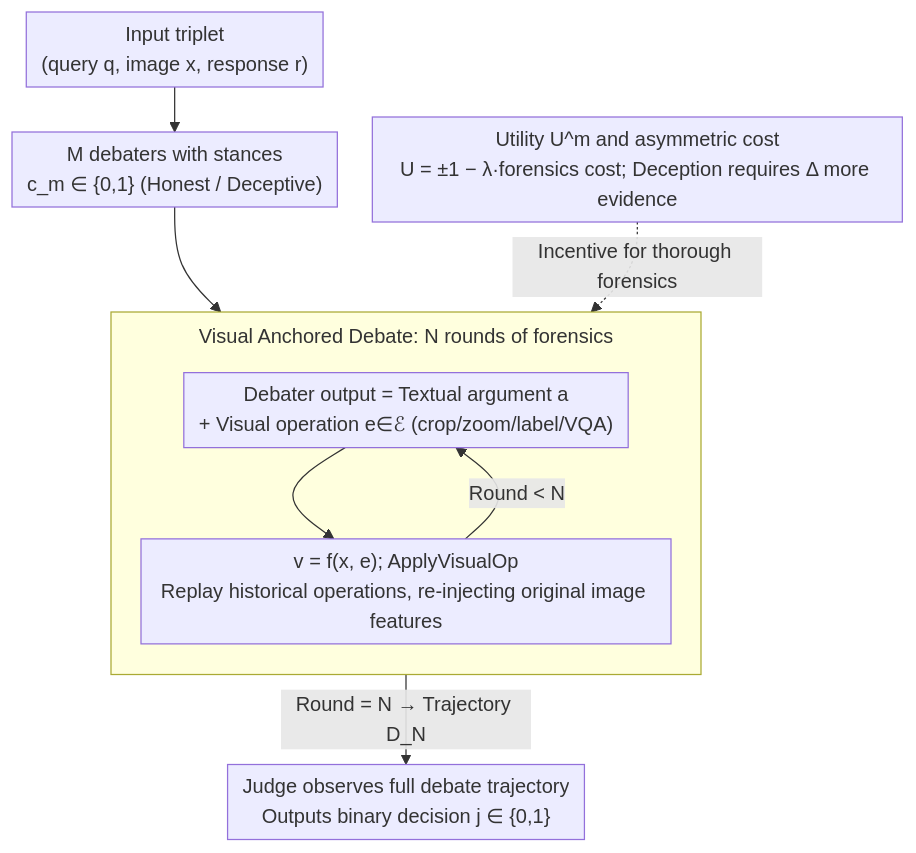
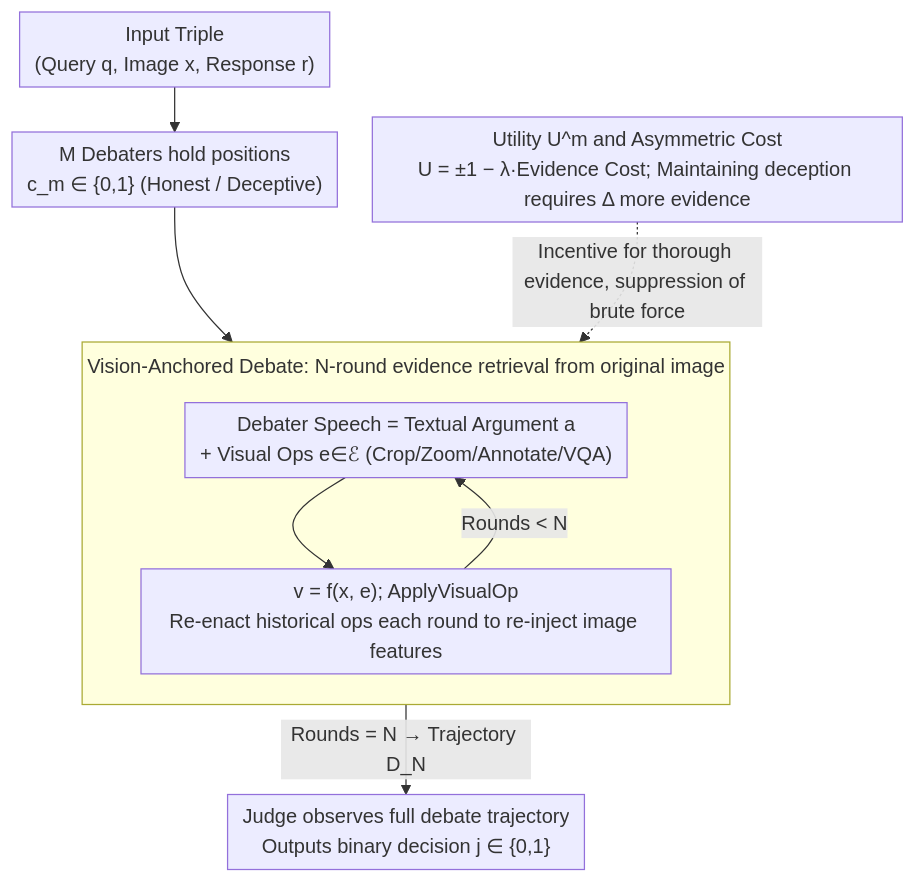
Before and after one commit to zhaoyang97/Paper-Notes-en: the diagram in docs/ICML2026/multimodal_vlm/debate_with_images_detecting_deceptive_behaviors_in_multimodal_large_language_mo.md, drawn with Mermaid. The commit also changed other lines of this file and 5084 other files, not shown here.

````diff
--- a/docs/ICML2026/multimodal_vlm/debate_with_images_detecting_deceptive_behaviors_in_multimodal_large_language_mo.md
+++ b/docs/ICML2026/multimodal_vlm/debate_with_images_detecting_deceptive_behaviors_in_multimodal_large_language_mo.md
@@ -46,13 +46,13 @@
 ```mermaid
 %%{init: {'flowchart': {'rankSpacing': 24, 'nodeSpacing': 28, 'padding': 6, 'wrappingWidth': 400, 'subGraphTitleMargin': {'top': 8, 'bottom': 16}}}}%%
 flowchart TD
-    A["Input triplet<br/>(query q, image x, response r)"] --> B["M debaters with stances<br/>c_m ∈ {0,1} (Honest / Deceptive)"]
-    subgraph LOOP["Visual Anchored Debate: N rounds of forensics"]
+    A["Input Triple<br/>(Query q, Image x, Response r)"] --> B["M Debaters hold positions<br/>c_m ∈ {0,1} (Honest / Deceptive)"]
+    subgraph LOOP["Vision-Anchored Debate: N-round evidence retrieval from original image"]
         direction TB
-        C["Debater output = Textual argument a<br/>+ Visual operation e∈ℰ (crop/zoom/label/VQA)"] --> D["v = f(x, e); ApplyVisualOp<br/>Replay historical operations, re-injecting original image features"]
+        C["Debater Speech = Textual Argument a<br/>+ Visual Ops e∈ℰ (Crop/Zoom/Annotate/VQA)"] --> D["v = f(x, e); ApplyVisualOp<br/>Re-enact historical ops each round to re-inject image features"]
     end
     B --> C
-    U["Utility U^m and asymmetric cost<br/>U = ±1 − λ·forensics cost; Deception requires Δ more evidence"] -. Incentive for thorough forensics .-> C
-    D -->|Round < N| C
-    D -->|Round = N → Trajectory D_N| J["Judge observes full debate trajectory<br/>Outputs binary decision j ∈ {0,1}"]
+    U["Utility U^m and Asymmetric Cost<br/>U = ±1 − λ·Evidence Cost; Maintaining deception requires Δ more evidence"] -. Incentive for thorough evidence, suppression of brute force .-> C
+    D -->|Rounds < N| C
+    D -->|Rounds = N → Trajectory D_N| J["Judge observes full debate trajectory<br/>Outputs binary decision j ∈ {0,1}"]
 ```
````
